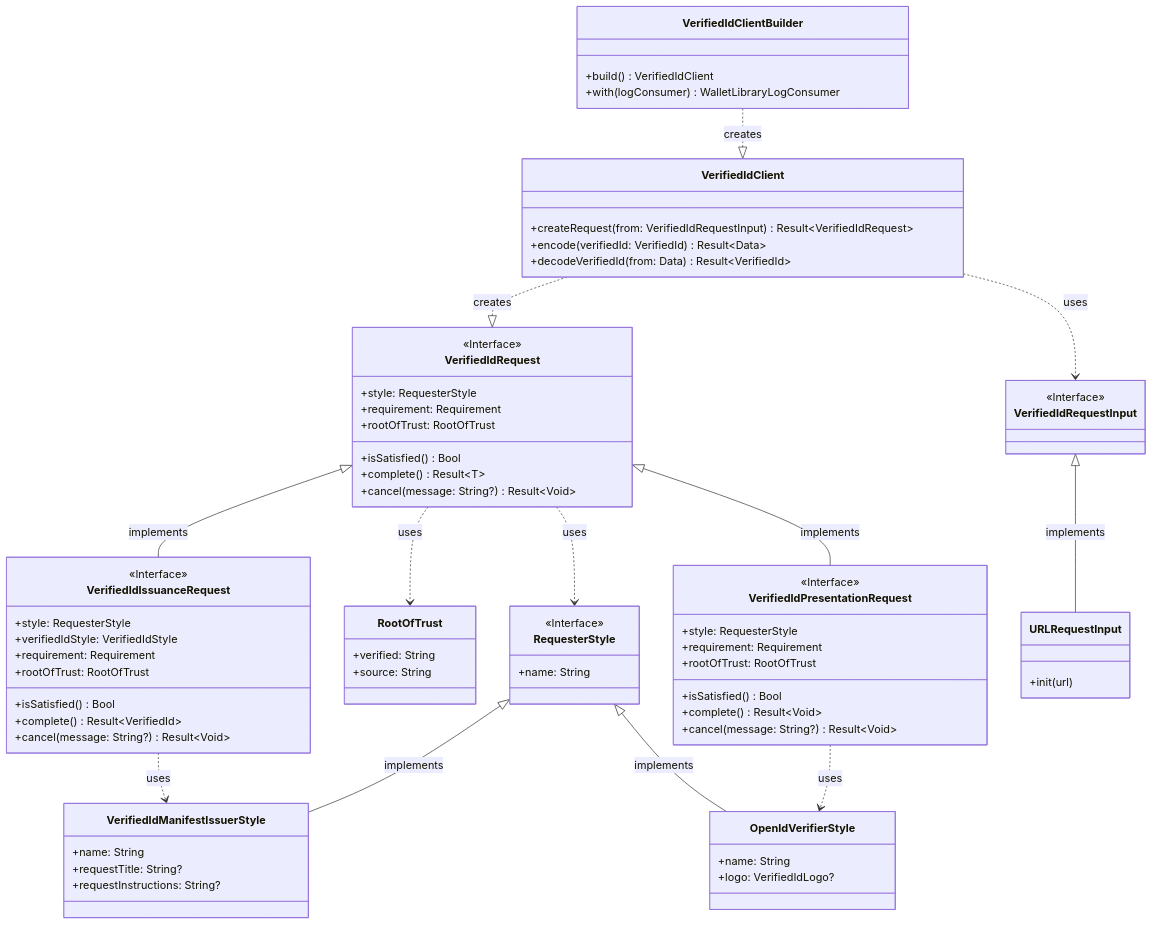
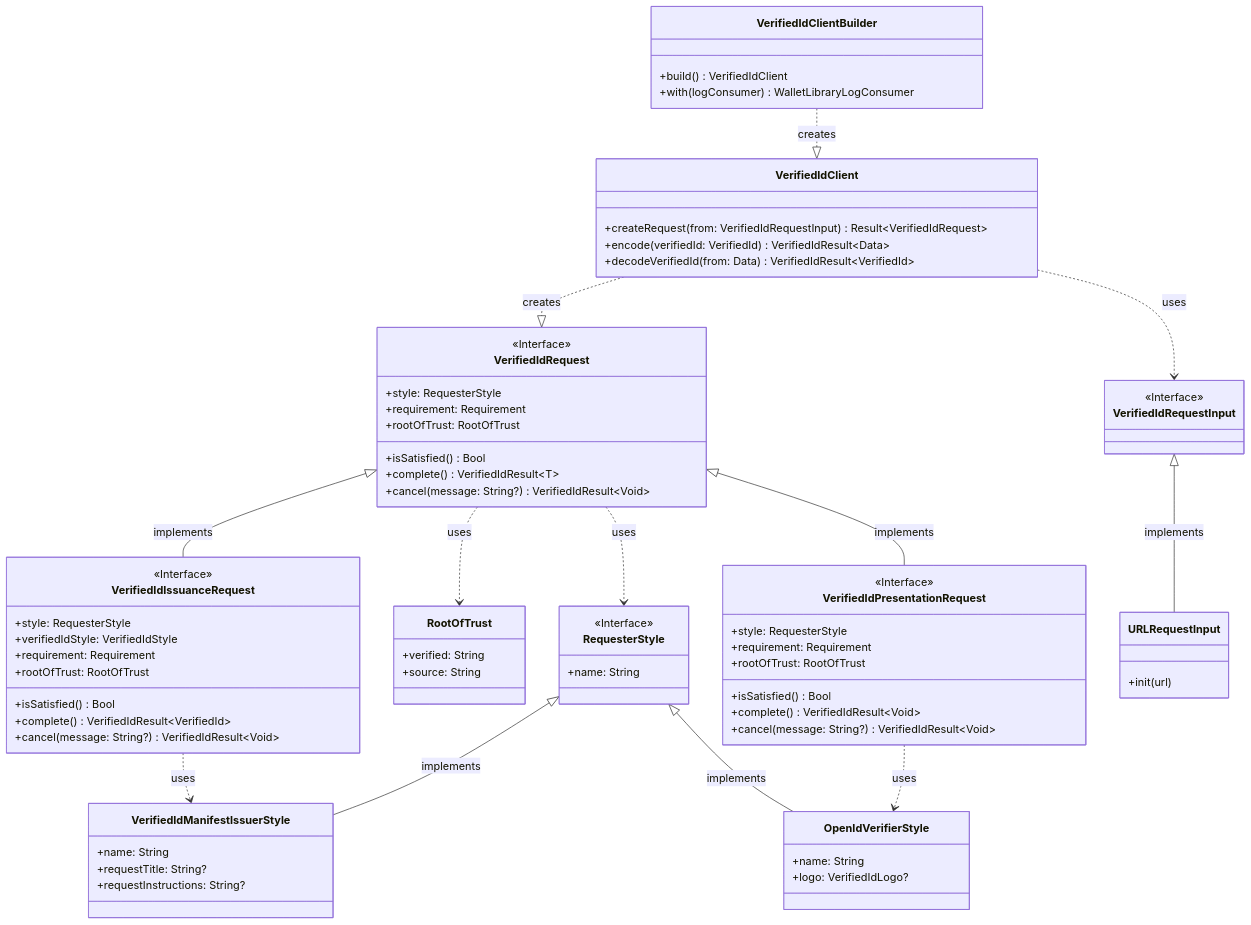
The first of 3 diagrams in Docs/LibraryArchitecture.md (microsoft/entra-verifiedid-wallet-library-ios), drawn with Mermaid before and after one commit. The commit also changed other lines of this file and 1 other file, not shown here.

Commit message:
Update Documentation to include VerifiedIdResult

````diff
--- a/Docs/LibraryArchitecture.md
+++ b/Docs/LibraryArchitecture.md
@@ -5,76 +5,76 @@
 ```mermaid
 classDiagram
 VerifiedIdClientBuilder ..|> VerifiedIdClient: creates
 VerifiedIdClient ..|> VerifiedIdRequest: creates
 VerifiedIdRequest ..> RequesterStyle: uses
 VerifiedIdRequest ..> RootOfTrust: uses
 VerifiedIdRequest <|-- VerifiedIdIssuanceRequest: implements
 VerifiedIdRequest <|-- VerifiedIdPresentationRequest: implements
 VerifiedIdClient ..> VerifiedIdRequestInput: uses
 VerifiedIdRequestInput <|-- URLRequestInput: implements
 RequesterStyle <|-- VerifiedIdManifestIssuerStyle: implements
 VerifiedIdPresentationRequest ..> OpenIdVerifierStyle: uses
 RequesterStyle <|-- OpenIdVerifierStyle: implements
 VerifiedIdIssuanceRequest ..> VerifiedIdManifestIssuerStyle: uses
 class VerifiedIdClientBuilder{
     +build() VerifiedIdClient
     +with(logConsumer) WalletLibraryLogConsumer
 }
 class VerifiedIdClient{
     +createRequest(from: VerifiedIdRequestInput) Result<<T>VerifiedIdRequest>
-    +encode(verifiedId: VerifiedId) Result<<T>Data>
-    +decodeVerifiedId(from: Data) Result<<T>VerifiedId>
+    +encode(verifiedId: VerifiedId) VerifiedIdResult<<T>Data>
+    +decodeVerifiedId(from: Data) VerifiedIdResult<<T>VerifiedId>
 }
 <<Interface>> VerifiedIdRequestInput
 class URLRequestInput{
     +init(url)
 }
 <<Interface>> VerifiedIdRequest
 class VerifiedIdRequest{
     +style: RequesterStyle
     +requirement: Requirement
     +rootOfTrust: RootOfTrust
     +isSatisfied() Bool
-    +complete() Result<<T>T>
-    +cancel(message: String?) Result<<T>Void>
+    +complete() VerifiedIdResult<<T>T>
+    +cancel(message: String?) VerifiedIdResult<<T>Void>
 }
 <<Interface>> VerifiedIdIssuanceRequest
 class VerifiedIdIssuanceRequest{
     +style: RequesterStyle
     +verifiedIdStyle: VerifiedIdStyle
     +requirement: Requirement
     +rootOfTrust: RootOfTrust
     +isSatisfied() Bool
-    +complete() Result<<T>VerifiedId>
-    +cancel(message: String?) Result<<T>Void>
+    +complete() VerifiedIdResult<<T>VerifiedId>
+    +cancel(message: String?) VerifiedIdResult<<T>Void>
 }
 <<Interface>> VerifiedIdPresentationRequest
 class VerifiedIdPresentationRequest{
     +style: RequesterStyle
     +requirement: Requirement
     +rootOfTrust: RootOfTrust
     +isSatisfied() Bool
-    +complete() Result<<T>Void>
-    +cancel(message: String?) Result<<T>Void>
+    +complete() VerifiedIdResult<<T>Void>
+    +cancel(message: String?) VerifiedIdResult<<T>Void>
 }
 
 class RootOfTrust{
     +verified: String
     +source: String
 }
 <<Interface>> RequesterStyle
 class RequesterStyle{
     +name: String
 }
 
 class VerifiedIdManifestIssuerStyle{
     +name: String
     +requestTitle: String?
     +requestInstructions: String?
 }
 
 class OpenIdVerifierStyle{
     +name: String
     +logo: VerifiedIdLogo?
 }
 ```
````
